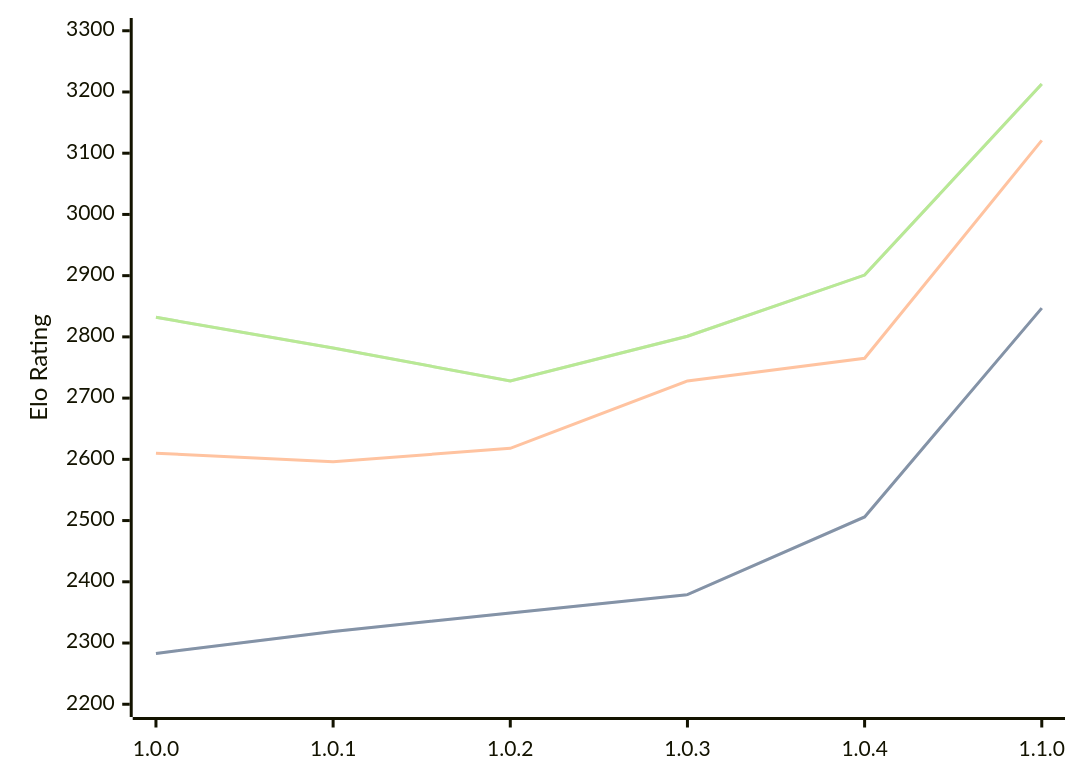
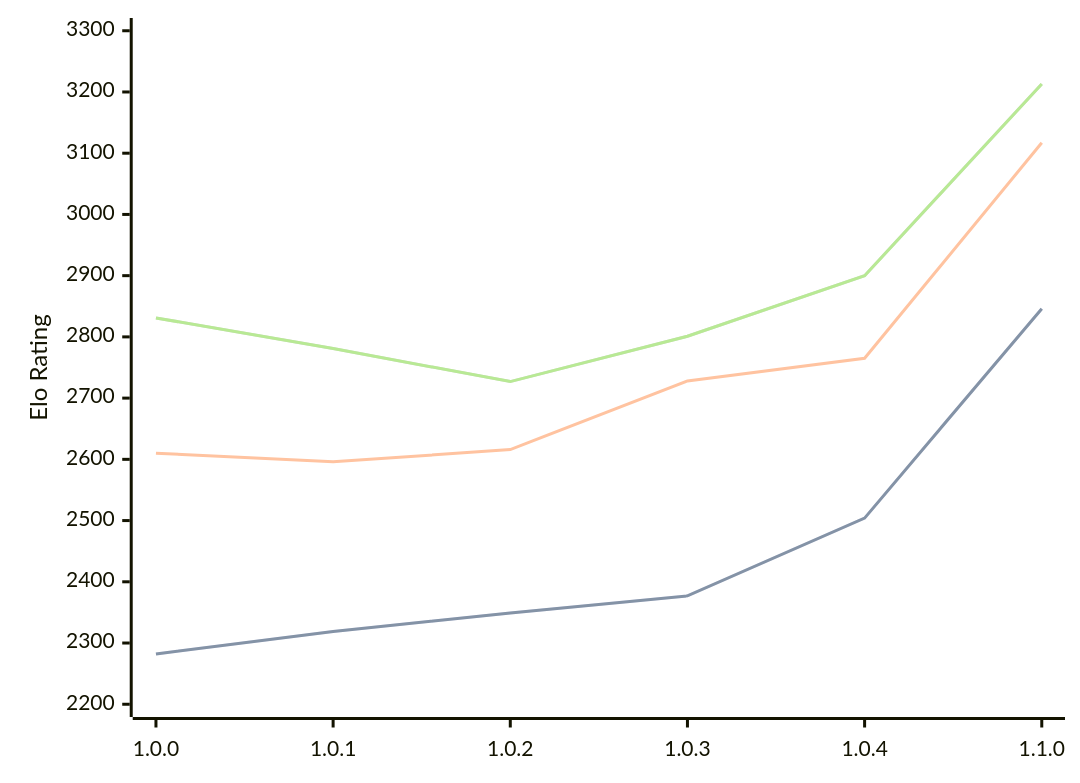
The diagram in engines/Grail.md (computer-chess-index/cci), drawn with Mermaid before and after one commit. The commit also changed other lines of this file, not shown here.

Commit message:
Update CCI Ratings (ELO VLTC) - 2026-03-07

````diff
--- a/engines/Grail.md
+++ b/engines/Grail.md
@@ -34,11 +34,11 @@
 ```mermaid
 %%{init: {"theme":"base","themeVariables":{"seriesColors:['#a3a3a3','#222221','#faa371']}}}%%
 xychart-beta
   x-axis ["1.0.0", "1.0.1", "1.0.2", "1.0.3", "1.0.4", "1.1.0"]
   y-axis "Elo Rating" 2200 --> 3300
-  line "STC (8.0+0.08s)" [2283, 2319, 2349, 2379, 2506, 2847]
-  line "STC (8.0+0.08s)" [2283, 2319, 2349, 2379, 2506, 2847]
-  line "LTC (60.0+0.60s)" [2610, 2596, 2618, 2728, 2765, 3121]
-  line "VLTC (2m24s+1.12s)" [2832, 2782, 2728, 2801, 2901, 3213]
-  line "VLTC (2m24s+1.12s)" [2832, 2782, 2728, 2801, 2901, 3213]
+  line "STC (8.0+0.08s)" [2282, 2319, 2349, 2377, 2504, 2846]
+  line "STC (8.0+0.08s)" [2282, 2319, 2349, 2377, 2504, 2846]
+  line "LTC (60.0+0.60s)" [2610, 2596, 2616, 2728, 2765, 3117]
+  line "VLTC (2m24s+1.12s)" [2831, 2781, 2727, 2801, 2900, 3213]
+  line "VLTC (2m24s+1.12s)" [2831, 2781, 2727, 2801, 2900, 3213]
 ```
````
